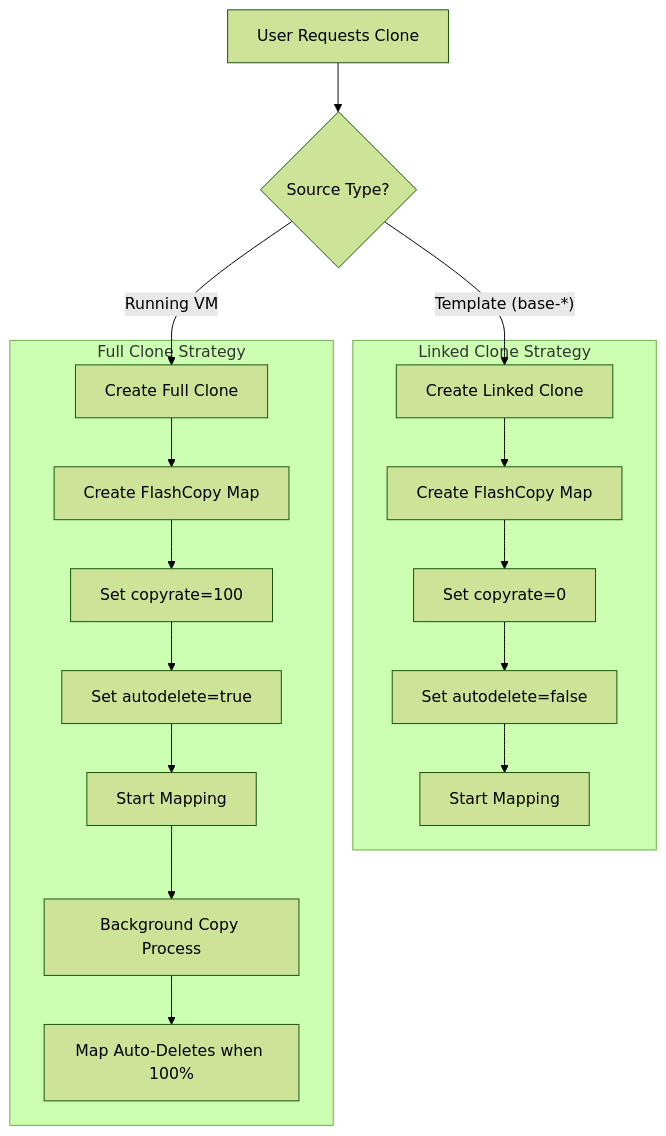
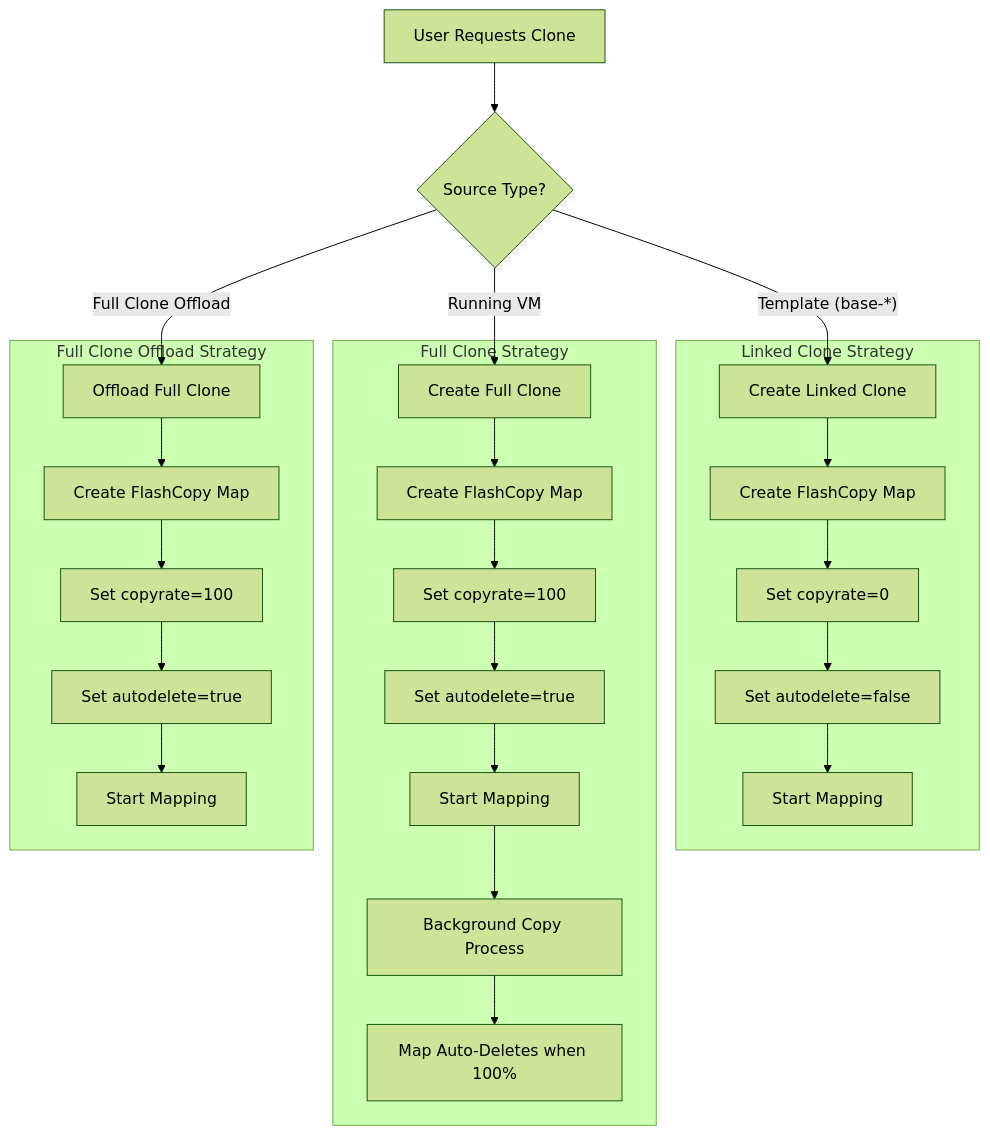
One commit to niakrisn/pve-ibm-flash-system-5x-fc changed the first of 2 diagrams in docs/flashcopy_architecture.md. Above: the diagram before and after it, drawn with Mermaid (forest theme). The commit also changed other lines of this file and 5 other files, not shown here.

First line of the commit message:
feat: add FlashCopy linked-clone support and improve integration tests

````diff
--- a/docs/flashcopy_architecture.md
+++ b/docs/flashcopy_architecture.md
@@ -19,23 +21,31 @@
 ```mermaid
 graph TD
     Start[User Requests Clone] --> CheckSource{Source Type?}
     
     CheckSource -- "Template (base-*)" --> LinkedClone[Create Linked Clone]
     CheckSource -- "Running VM" --> FullClone[Create Full Clone]
+    CheckSource -- "Full Clone Offload" --> OffloadClone[Offload Full Clone]
     
     subgraph Linked Clone Strategy
     LinkedClone --> Map1[Create FlashCopy Map]
     Map1 --> SetProps1[Set copyrate=0]
     SetProps1 --> SetPersist[Set autodelete=false]
     SetPersist --> StartMap1[Start Mapping]
     end
     
     subgraph Full Clone Strategy
     FullClone --> Map2[Create FlashCopy Map]
     Map2 --> SetProps2[Set copyrate=100]
     SetProps2 --> SetAutoDel[Set autodelete=true]
     SetAutoDel --> StartMap2[Start Mapping]
     StartMap2 --> Background[Background Copy Process]
     Background --> Finish[Map Auto-Deletes when 100%]
     end
+
+    subgraph Full Clone Offload Strategy
+    OffloadClone --> OffloadMap[Create FlashCopy Map]
+    OffloadMap --> OffloadProps[Set copyrate=100]
+    OffloadProps --> OffloadAuto[Set autodelete=true]
+    OffloadAuto --> OffloadStart[Start Mapping]
+    end
 ```
````
